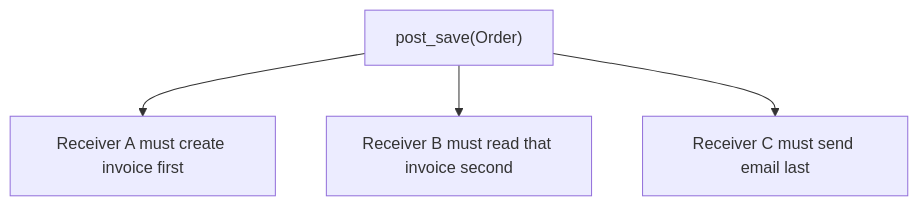
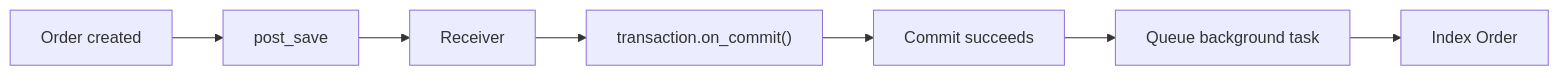
The third of 7 diagrams in src/content/django/signals.md (AvadhBhalodiya/Interview-Preparation), drawn with Mermaid before and after one commit. The commit also changed other lines of this file and 80 other files, not shown here.

````diff
--- a/src/content/django/signals.md
+++ b/src/content/django/signals.md
@@ -545,6 +294,9 @@
 ```mermaid
-flowchart TD
-    A["post_save(Order)"] --> B[Receiver A must create invoice first]
-    A --> C[Receiver B must read that invoice second]
-    A --> D[Receiver C must send email last]
+flowchart LR
+    A["Order created"] --> B["post_save"]
+    B --> C["Receiver"]
+    C --> D["transaction.on_commit()"]
+    D --> E["Commit succeeds"]
+    E --> F["Queue background task"]
+    F --> G["Index Order"]
 ```
````
